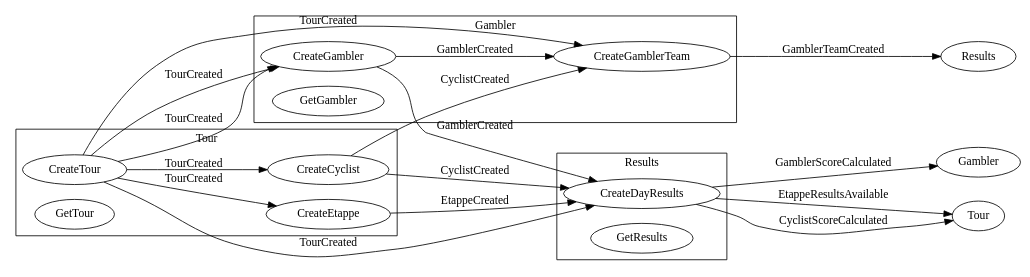
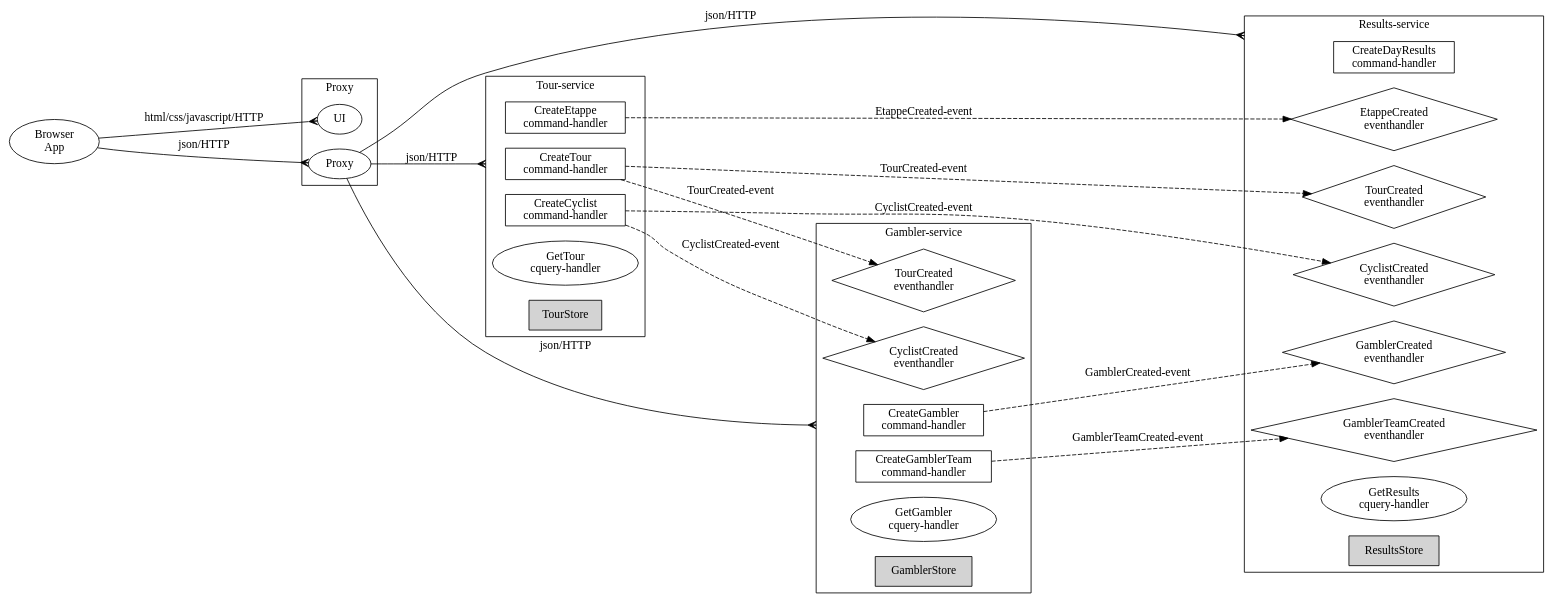
Before and after one commit to MarcGrol/microgen: the diagram in tourApp/doc/graphviz.dot, drawn with Graphviz. The commit also changed 9 other files, not shown here.

Commit message:
Added tool to generate graphviz that explains relation-ships between components

```diff
--- a/tourApp/doc/graphviz.dot
+++ b/tourApp/doc/graphviz.dot
@@ -1,66 +1,113 @@
+// Generated automatically by microgen: do not edit manually
+
 digraph G {
-    graph [rankdir=LR, ranksep="1.0"];
+    graph [compound=true, rankdir=LR, ranksep="1.0"];
+
+	subgraph clusterproxy {
+        label="Proxy";
+        "UI";
+        "Proxy";
+    }
+
+// services
 
 	subgraph clustertour {
-	graph [label="Tour"];
-	    "CreateTour";
-	    "CreateCyclist";
-	    "CreateEtappe";
-	    "GetTour";
+		
+		label="Tour-service";
+		// events
+		
+		
+			 
+				"TourCreateTour"  [label="CreateTour\ncommand-handler", shape=box];
+			
+		
+			 
+				"TourCreateCyclist"  [label="CreateCyclist\ncommand-handler", shape=box];
+			
+		
+			 
+				"TourCreateEtappe"  [label="CreateEtappe\ncommand-handler", shape=box];
+			
+		
+			
+			    "TourGetTour"  [label="GetTour\ncquery-handler"];
+			
+		
+		TourStore [shape=box, style=filled];
 	}
 
 	subgraph clustergambler {
-	graph [label="Gambler"];
+		
+		label="Gambler-service";
+		// events
+		
+			"GamblerTourCreatedEventHandler" [label="TourCreated\neventhandler", shape=diamond];
+		
+			"GamblerCyclistCreatedEventHandler" [label="CyclistCreated\neventhandler", shape=diamond];
+		
+		
+			 
+				"GamblerCreateGambler"  [label="CreateGambler\ncommand-handler", shape=box];
+			
+		
+			 
+				"GamblerCreateGamblerTeam"  [label="CreateGamblerTeam\ncommand-handler", shape=box];
+			
+		
+			
+			    "GamblerGetGambler"  [label="GetGambler\ncquery-handler"];
+			
+		
+		GamblerStore [shape=box, style=filled];
+	}
 
-	
-	    "CreateGambler";
-	
-	    "CreateGamblerTeam";
-	
-	    "GetGambler";
-	
-
+	subgraph clusterresults {
+		
+		label="Results-service";
+		// events
+		
+			"ResultsTourCreatedEventHandler" [label="TourCreated\neventhandler", shape=diamond];
+		
+			"ResultsEtappeCreatedEventHandler" [label="EtappeCreated\neventhandler", shape=diamond];
+		
+			"ResultsCyclistCreatedEventHandler" [label="CyclistCreated\neventhandler", shape=diamond];
+		
+			"ResultsGamblerCreatedEventHandler" [label="GamblerCreated\neventhandler", shape=diamond];
+		
+			"ResultsGamblerTeamCreatedEventHandler" [label="GamblerTeamCreated\neventhandler", shape=diamond];
+		
+		
+			 
+				"ResultsCreateDayResults"  [label="CreateDayResults\ncommand-handler", shape=box];
+			
+		
+			
+			    "ResultsGetResults"  [label="GetResults\ncquery-handler"];
+			
+		
+		ResultsStore [shape=box, style=filled];
 	}
 
 
-	subgraph clusterresults {
-	graph [label="Results"];
-
-	
-	    "CreateDayResults";
-	
-	    "GetResults";
+	// edges
+	"Browser\nApp" -> "UI" [label="html/css/javascript/HTTP",arrowhead=crow];
+	"Browser\nApp" -> "Proxy" [label="json/HTTP",arrowhead=crow];
 	
 
-	}
+	"Proxy" -> "TourCreateTour" [label="json/HTTP", lhead=clustertour, arrowhead=crow];
+
+	"Proxy" -> "GamblerCreateGambler" [label="json/HTTP", lhead=clustergambler, arrowhead=crow];
+
+	"Proxy" -> "ResultsCreateDayResults" [label="json/HTTP", lhead=clusterresults, arrowhead=crow];
 
 
-
-// events
-
-    "CreateTour" -> "CreateGambler" [label="TourCreated"];
-    "CreateTour" -> "CreateCyclist" [label="TourCreated"];
-    "CreateTour" -> "CreateEtappe" [label="TourCreated"];
-    "CreateTour" -> "CreateGambler" [label="TourCreated"];
-    "CreateTour" -> "CreateGamblerTeam" [label="TourCreated"];
-    "CreateTour" -> "CreateDayResults" [label="TourCreated"];
-
-   "CreateCyclist" -> "CreateGamblerTeam"  [label="CyclistCreated"];
-   "CreateCyclist" -> "CreateDayResults"  [label="CyclistCreated"];
-
-   "CreateEtappe" -> "CreateDayResults"  [label="EtappeCreated"];
-
-   "CreateGambler" -> "CreateGamblerTeam"  [label="GamblerCreated"];
-   "CreateGambler" -> "CreateDayResults"  [label="GamblerCreated"];
-
-   "CreateGamblerTeam" -> "Results"  [label="GamblerTeamCreated"];
-
-	"CreateDayResults" -> "Tour" [label="EtappeResultsAvailable"];
-	"CreateDayResults" -> "Tour" [label="CyclistScoreCalculated"];
-
-	"CreateDayResults" -> "Gambler" [label="GamblerScoreCalculated"];
-
- 
+	TourCreateTour -> GamblerTourCreatedEventHandler [label="TourCreated-event", style=dashed]
+	TourCreateTour -> ResultsTourCreatedEventHandler [label="TourCreated-event", style=dashed]
+	TourCreateCyclist -> GamblerCyclistCreatedEventHandler [label="CyclistCreated-event", style=dashed]
+	TourCreateCyclist -> ResultsCyclistCreatedEventHandler [label="CyclistCreated-event", style=dashed]
+	TourCreateEtappe -> ResultsEtappeCreatedEventHandler [label="EtappeCreated-event", style=dashed]
+	GamblerCreateGambler -> ResultsGamblerCreatedEventHandler [label="GamblerCreated-event", style=dashed]
+	GamblerCreateGamblerTeam -> ResultsGamblerTeamCreatedEventHandler [label="GamblerTeamCreated-event", style=dashed]
 
 
 }
```
